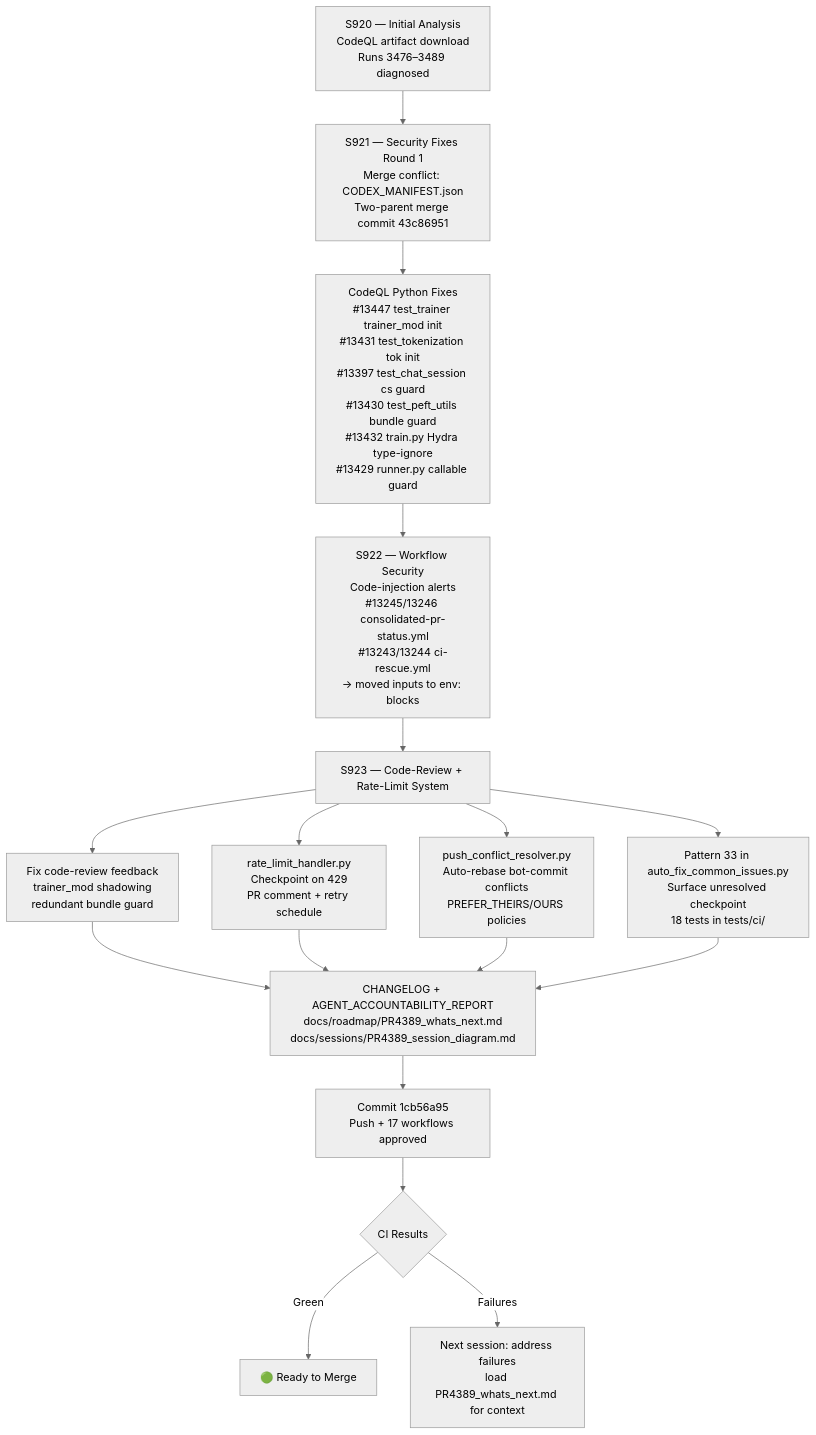
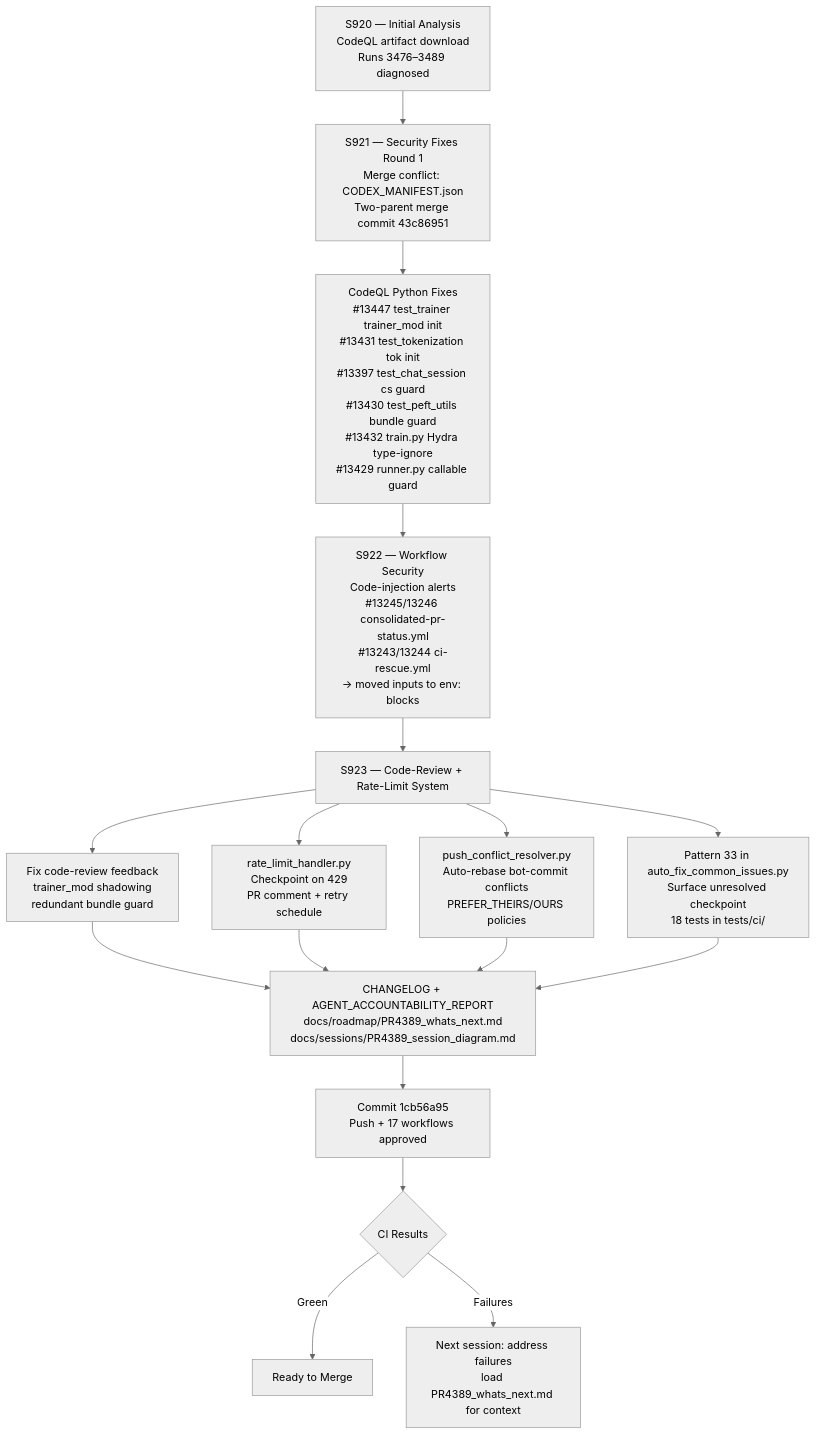
The first of 2 diagrams in docs/sessions/PR4389_session_diagram.md (Aries-Serpent/_codex_), drawn with Mermaid (neutral theme) before and after one commit. The commit also changed other lines of this file and 2029 other files, not shown here.

````diff
--- a/docs/sessions/PR4389_session_diagram.md
+++ b/docs/sessions/PR4389_session_diagram.md
@@ -14,24 +16,24 @@
 ```mermaid
 %%{init: {'accessibility': {'title': 'Flowchart showing S920 — Initial Analysis<br/>CodeQL artifact download<br/>Runs 3476–3489 diagnosed, S921 — Security Fixes Round 1<br/>Merge conflict: CODEX_MANIFEST.json<br/>Two-parent merge commit 43c86951'}}%%
 graph TD
     A[S920 — Initial Analysis<br/>CodeQL artifact download<br/>Runs 3476–3489 diagnosed] --> B
 
     B[S921 — Security Fixes Round 1<br/>Merge conflict: CODEX_MANIFEST.json<br/>Two-parent merge commit 43c86951] --> C
 
     C[CodeQL Python Fixes<br/>#13447 test_trainer trainer_mod init<br/>#13431 test_tokenization tok init<br/>#13397 test_chat_session cs guard<br/>#13430 test_peft_utils bundle guard<br/>#13432 train.py Hydra type-ignore<br/>#13429 runner.py callable guard] --> D
 
     D[S922 — Workflow Security<br/>Code-injection alerts<br/>#13245/13246 consolidated-pr-status.yml<br/>#13243/13244 ci-rescue.yml<br/>→ moved inputs to env: blocks] --> E
 
     E[S923 — Code-Review + Rate-Limit System] --> F & G & H & I
 
     F[Fix code-review feedback<br/>trainer_mod shadowing<br/>redundant bundle guard]
     G[rate_limit_handler.py<br/>Checkpoint on 429<br/>PR comment + retry schedule]
     H[push_conflict_resolver.py<br/>Auto-rebase bot-commit conflicts<br/>PREFER_THEIRS/OURS policies]
     I[Pattern 33 in auto_fix_common_issues.py<br/>Surface unresolved checkpoint<br/>18 tests in tests/ci/]
 
     F & G & H & I --> J[CHANGELOG + AGENT_ACCOUNTABILITY_REPORT<br/>docs/roadmap/PR4389_whats_next.md<br/>docs/sessions/PR4389_session_diagram.md]
     J --> K[Commit 1cb56a95<br/>Push + 17 workflows approved]
     K --> L{CI Results}
-    L -->|Green| M[🟢 Ready to Merge]
+    L -->|Green| M[ Ready to Merge]
     L -->|Failures| N[Next session: address failures<br/>load PR4389_whats_next.md for context]
 ```
````
